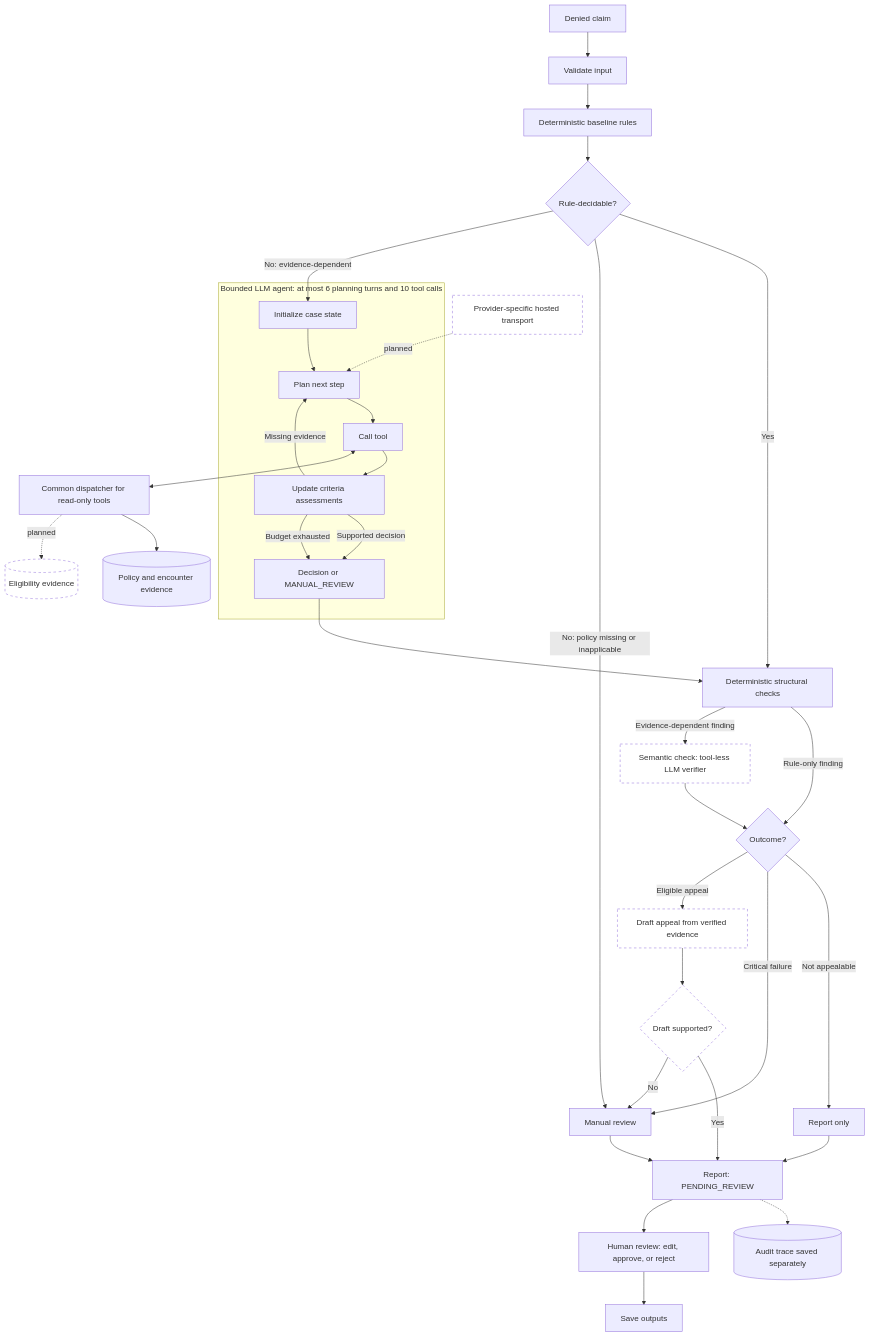
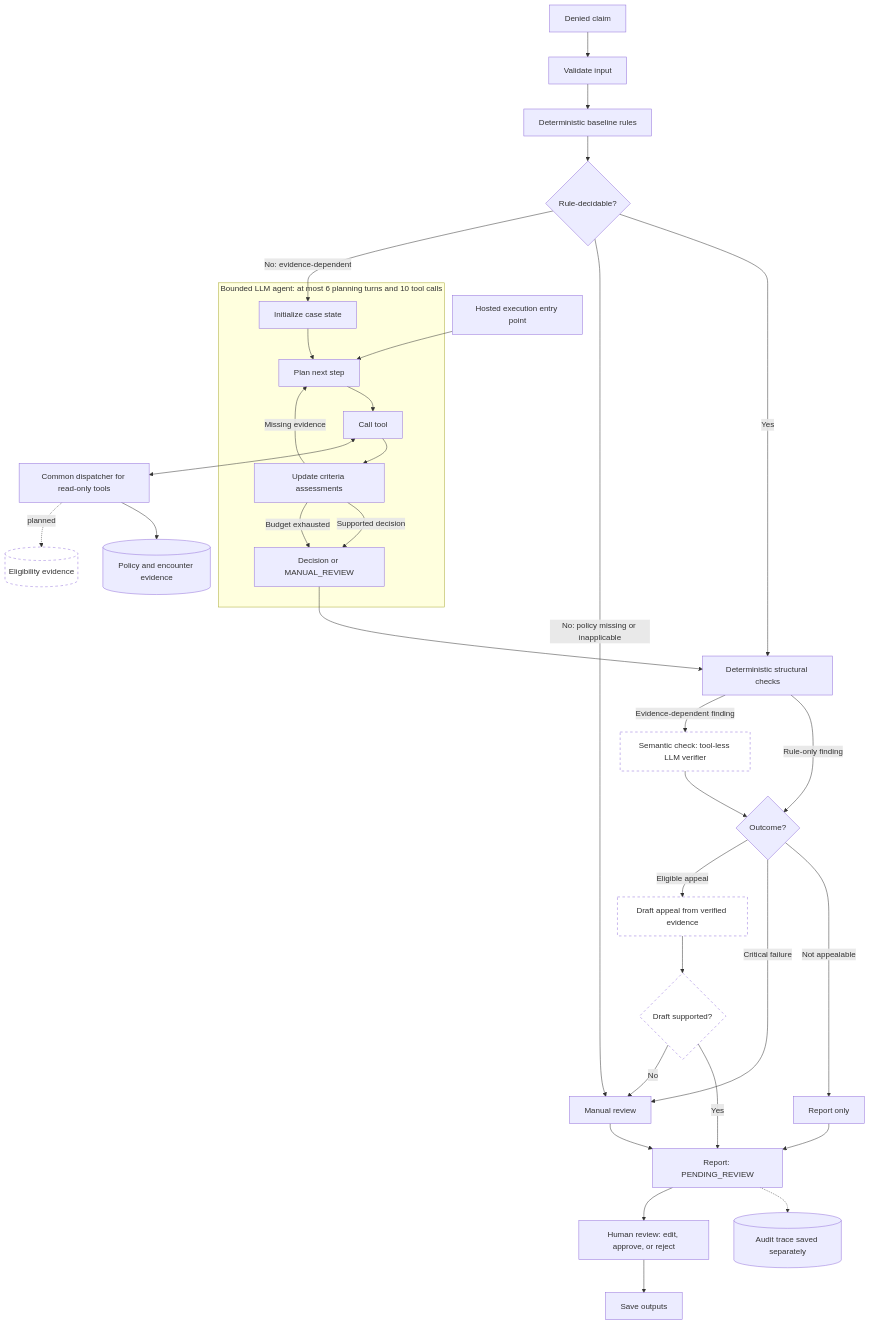
The diagram in README.md (hridaypradhan/claim-denial-triage-agent), drawn with Mermaid before and after one commit. The commit also changed other lines of this file and 45 other files, not shown here.

````diff
--- a/README.md
+++ b/README.md
@@ -24,43 +24,43 @@
 ```mermaid
 flowchart TD
     A[Denied claim] --> B[Validate input]
     B --> C[Deterministic baseline rules]
     C --> D{Rule-decidable?}
     D -- Yes --> S[Deterministic structural checks]
     D -- "No: policy missing or inapplicable" --> J[Manual review]
     D -- "No: evidence-dependent" --> E[Initialize case state]
 
     subgraph Agent["Bounded LLM agent: at most 6 planning turns and 10 tool calls"]
         E --> P[Plan next step]
         P --> T[Call tool]
         T --> U[Update criteria assessments]
         U -- Missing evidence --> P
         U -- Supported decision --> R[Decision or MANUAL_REVIEW]
         U -- Budget exhausted --> R
     end
 
     T <--> F[Common dispatcher for read-only tools]
     F --> G[(Policy and encounter evidence)]
     F -. planned .-> I[(Eligibility evidence)]
 
     R --> S
     S -- Rule-only finding --> O{Outcome?}
     S -- Evidence-dependent finding --> V[Semantic check: tool-less LLM verifier]
     V --> O
     O -- Not appealable --> K[Report only]
     O -- Critical failure --> J
     O -- Eligible appeal --> W[Draft appeal from verified evidence]
     W --> X{Draft supported?}
     X -- Yes --> L[Report: PENDING_REVIEW]
     X -- No --> J
     K --> L
     J --> L
     L -.-> Q[(Audit trace saved separately)]
     L --> H[Human review: edit, approve, or reject]
     H --> Z[Save outputs]
 
-    M[Provider-specific hosted transport] -. planned .-> P
+    M[Hosted execution entry point] --> P
 
     classDef planned stroke-dasharray: 5 5,fill:#fff;
-    class I,M,V,W,X planned;
+    class I,V,W,X planned;
 ```
````
